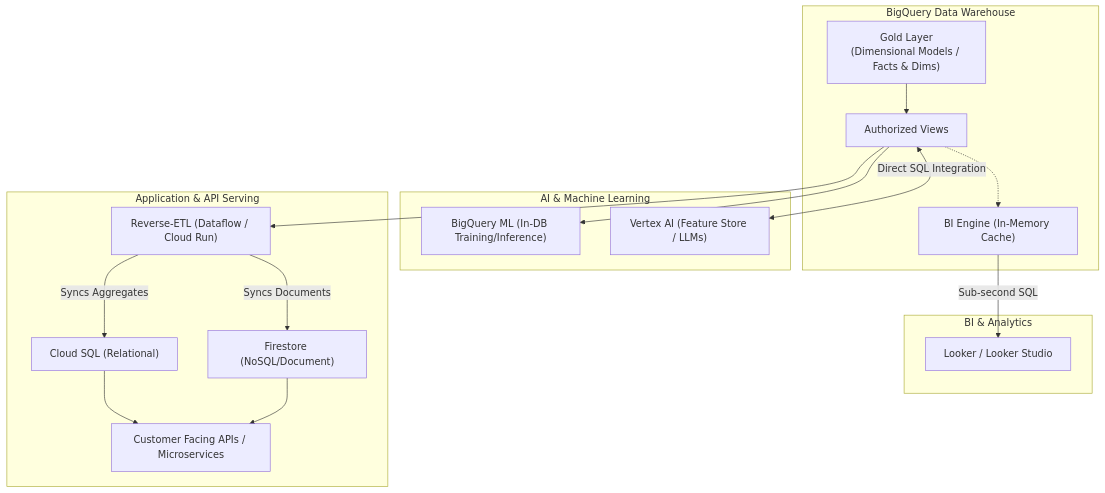
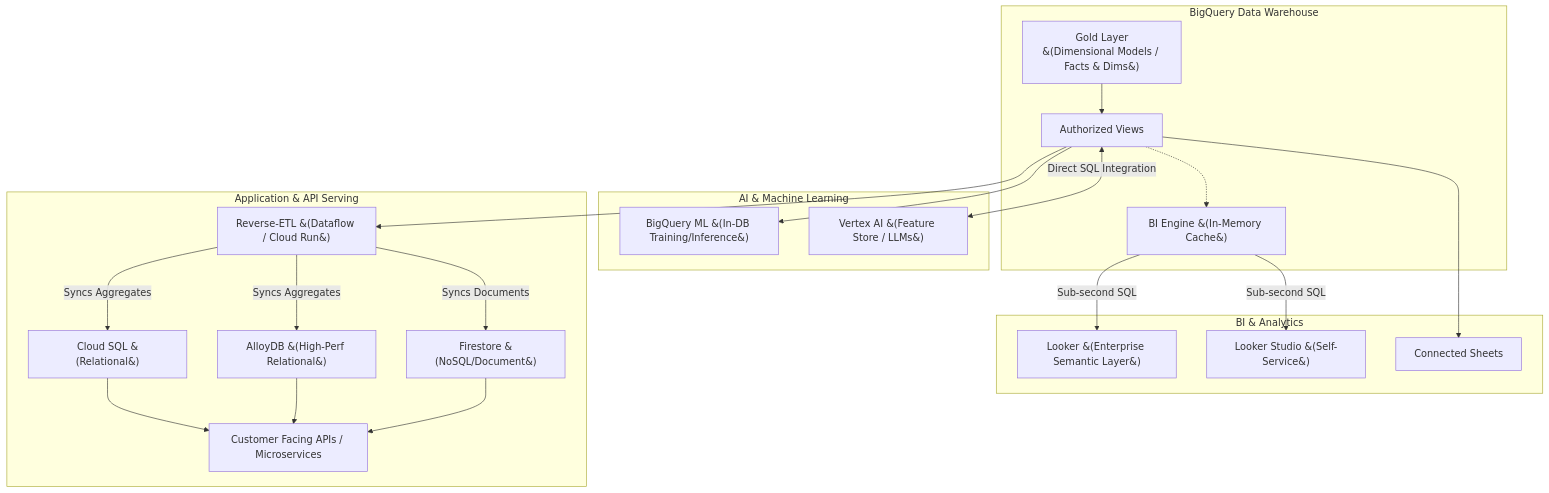
The diagram in gcp/bigquery_serving_architecture.md (toanbui626391/data_architect), drawn with Mermaid before and after one commit. The commit also changed other lines of this file and 3 other files, not shown here.

Commit message:
update bigquery data warehouse design documents

````diff
--- a/gcp/bigquery_serving_architecture.md
+++ b/gcp/bigquery_serving_architecture.md
@@ -24,37 +24,44 @@
 ```mermaid
 flowchart TD
-    subgraph BigQuery Data Warehouse
-        Gold["Gold Layer\n(Dimensional Models / Facts & Dims)"]
-        BI_Engine["BI Engine (In-Memory Cache)"]
-        AuthViews["Authorized Views"]
+    subgraph BQ [BigQuery Data Warehouse]
+        Gold[Gold Layer<br>&#40;Dimensional Models / Facts & Dims&#41;]
+        BI_Engine[BI Engine &#40;In-Memory Cache&#41;]
+        AuthViews[Authorized Views]
         
         Gold --> AuthViews
         AuthViews -.-> BI_Engine
     end
 
-    subgraph BI & Analytics
-        Looker["Looker / Looker Studio"]
+    subgraph BILayer [BI & Analytics]
+        Looker[Looker &#40;Enterprise Semantic Layer&#41;]
+        LookerStudio[Looker Studio &#40;Self-Service&#41;]
+        Sheets[Connected Sheets]
         BI_Engine -->|Sub-second SQL| Looker
+        BI_Engine -->|Sub-second SQL| LookerStudio
+        AuthViews --> Sheets
     end
 
-    subgraph AI & Machine Learning
-        BQML["BigQuery ML (In-DB Training/Inference)"]
-        Vertex["Vertex AI (Feature Store / LLMs)"]
+    subgraph AILayer [AI & Machine Learning]
+        BQML[BigQuery ML &#40;In-DB Training/Inference&#41;]
+        Vertex[Vertex AI &#40;Feature Store / LLMs&#41;]
         
         AuthViews --> BQML
         AuthViews <-->|Direct SQL Integration| Vertex
     end
 
-    subgraph Application & API Serving
-        Dataflow["Reverse-ETL (Dataflow / Cloud Run)"]
-        CloudSQL["Cloud SQL (Relational)"]
-        Firestore["Firestore (NoSQL/Document)"]
-        API["Customer Facing APIs / Microservices"]
+    subgraph AppLayer [Application & API Serving]
+        Dataflow[Reverse-ETL &#40;Dataflow / Cloud Run&#41;]
+        CloudSQL[Cloud SQL &#40;Relational&#41;]
+        AlloyDB[AlloyDB &#40;High-Perf Relational&#41;]
+        Firestore[Firestore &#40;NoSQL/Document&#41;]
+        API[Customer Facing APIs / Microservices]
         
         AuthViews --> Dataflow
         Dataflow -->|Syncs Aggregates| CloudSQL
+        Dataflow -->|Syncs Aggregates| AlloyDB
         Dataflow -->|Syncs Documents| Firestore
         CloudSQL --> API
+        AlloyDB --> API
         Firestore --> API
     end
 ```
````
